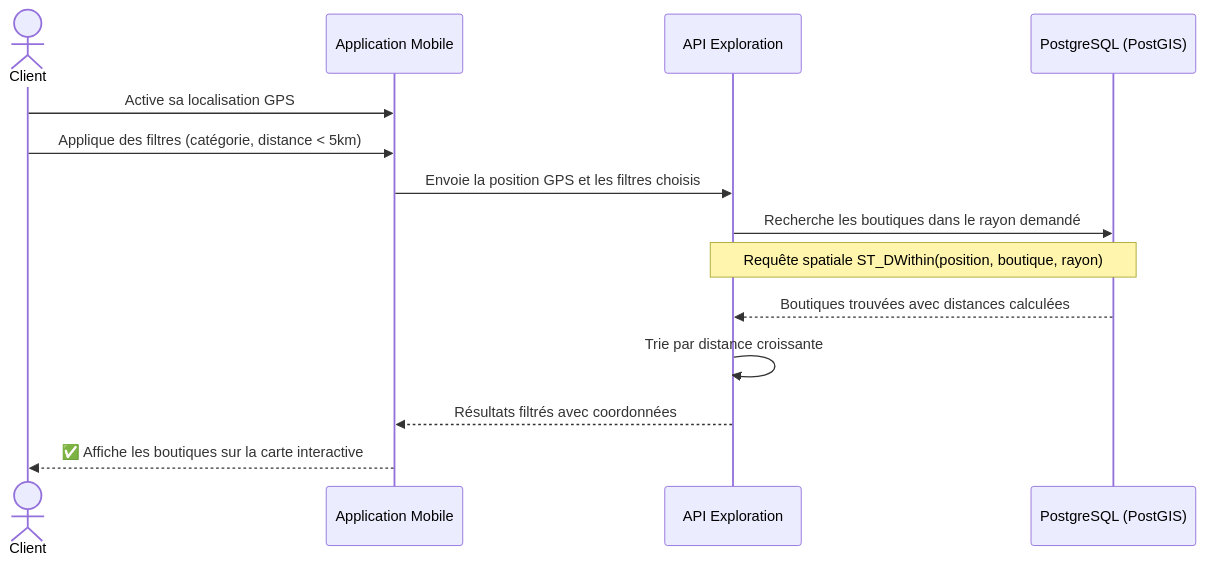
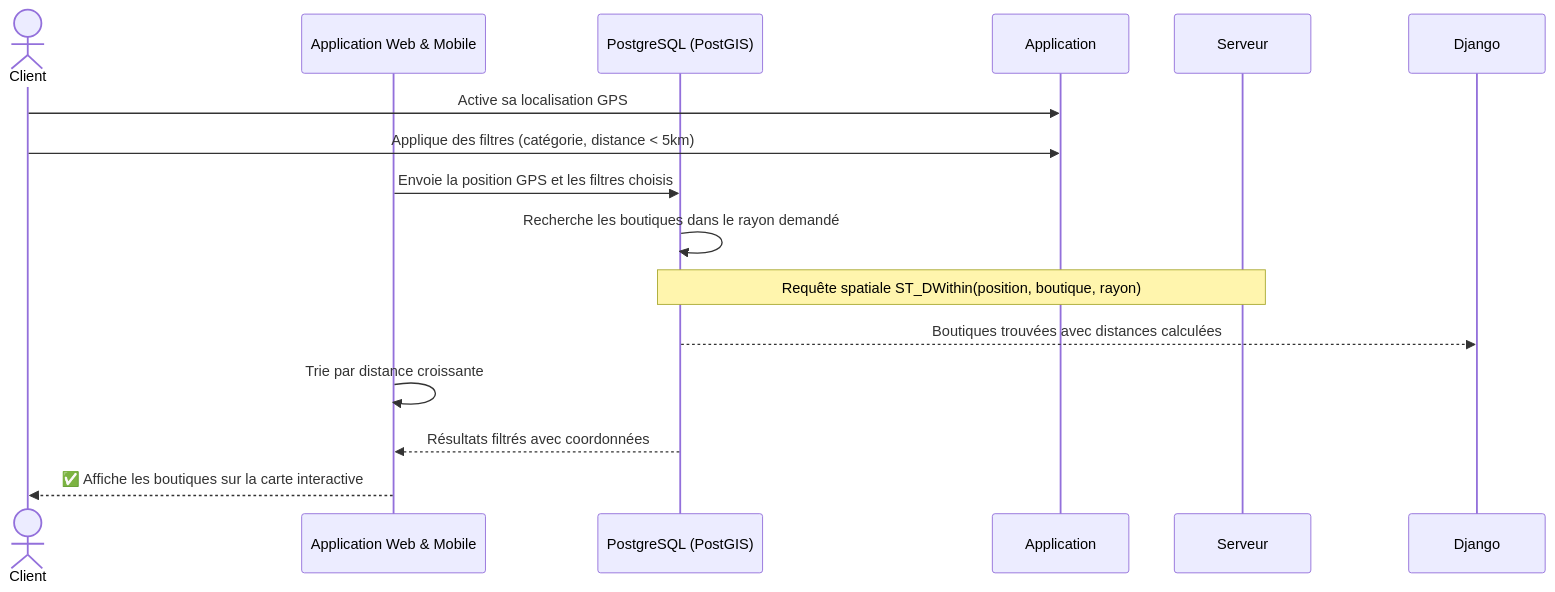
Before and after one commit to Abderrahmen1111/private-PFE-repos: diagram 20 of 34 in SEQUENCE_DIAGRAMS_WORD_FORMAT_OPTIMIZED.md, drawn with Mermaid. The commit also changed other lines of this file and 2 other files, not shown here.

Commit message:
docs: adapt sequence diagrams to Web/Mobile apps and Django SaaS Admin

````diff
--- a/SEQUENCE_DIAGRAMS_WORD_FORMAT_OPTIMIZED.md
+++ b/SEQUENCE_DIAGRAMS_WORD_FORMAT_OPTIMIZED.md
@@ -628,17 +626,17 @@
 ```mermaid
 sequenceDiagram
     actor Client
-    participant Application as Application Mobile
-    participant Serveur as API Exploration
+    participant App as Application Web & Mobile
+    participant BD as Base de données (Supabase/PostGIS)
     participant BD as PostgreSQL (PostGIS)
 
     Client->>Application: Active sa localisation GPS
     Client->>Application: Applique des filtres (catégorie, distance < 5km)
-    Application->>Serveur: Envoie la position GPS et les filtres choisis
-    Serveur->>BD: Recherche les boutiques dans le rayon demandé
+    App->>BD: Envoie la position GPS et les filtres choisis
+    BD->>BD: Recherche les boutiques dans le rayon demandé
     Note over Serveur,BD: Requête spatiale ST_DWithin(position, boutique, rayon)
-    BD-->>Serveur: Boutiques trouvées avec distances calculées
-    Serveur->>Serveur: Trie par distance croissante
-    Serveur-->>Application: Résultats filtrés avec coordonnées
-    Application-->>Client: ✅ Affiche les boutiques sur la carte interactive
+    BD-->>Django: Boutiques trouvées avec distances calculées
+    App->>App: Trie par distance croissante
+    BD-->>App: Résultats filtrés avec coordonnées
+    App-->>Client: ✅ Affiche les boutiques sur la carte interactive
 ```
````
